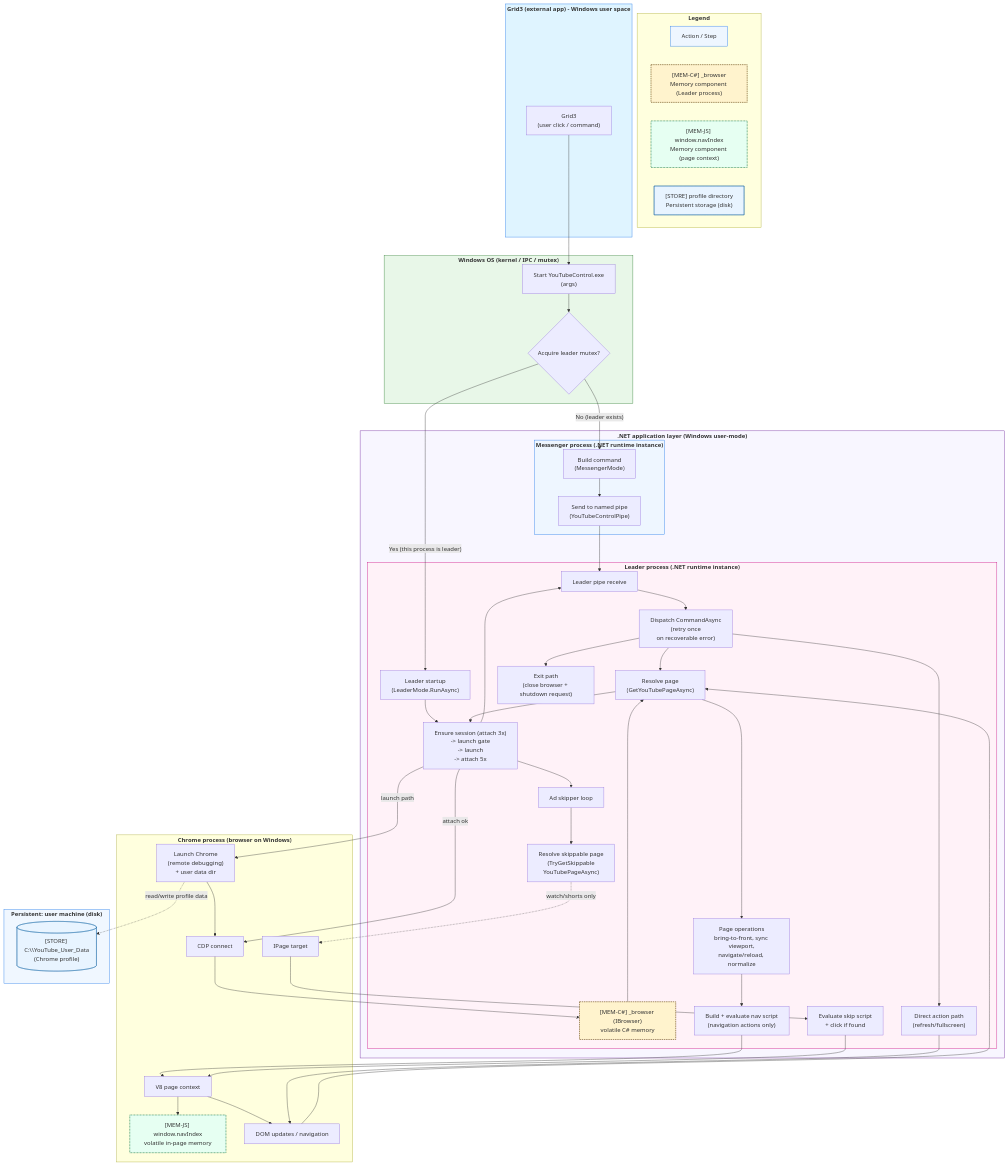
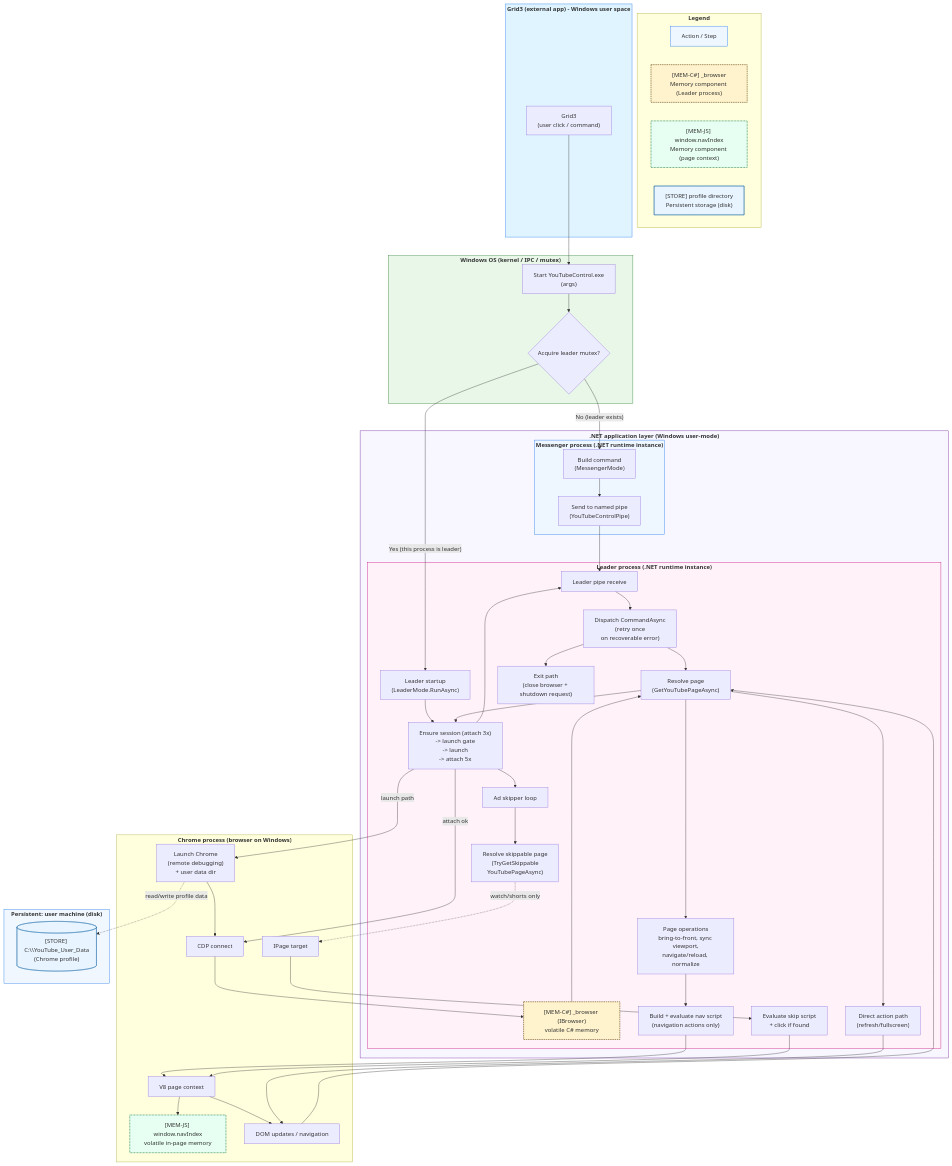
The second of 2 diagrams in src/SYSTEM_STATE.md (ReneDva/Grid3-YouTube-Accessibility-Addon), drawn with Mermaid before and after one commit.

Commit message:
docs(SYSTEM_STATE): correct flowchart path from ResolvePage to DirectOps

```diff
--- a/src/SYSTEM_STATE.md
+++ b/src/SYSTEM_STATE.md
@@ -239,7 +239,7 @@
   Connect --> BrowserCSharp --> ResolvePage
   ResolvePage --> PageOps
   PageOps --> Inject --> V8 --> DOM
-  Dispatch --> DirectOps --> DOM
+  ResolvePage --> DirectOps --> DOM
   Dispatch --> ExitPath
   V8 --> NavIndex
   DOM --> ResolvePage
```
